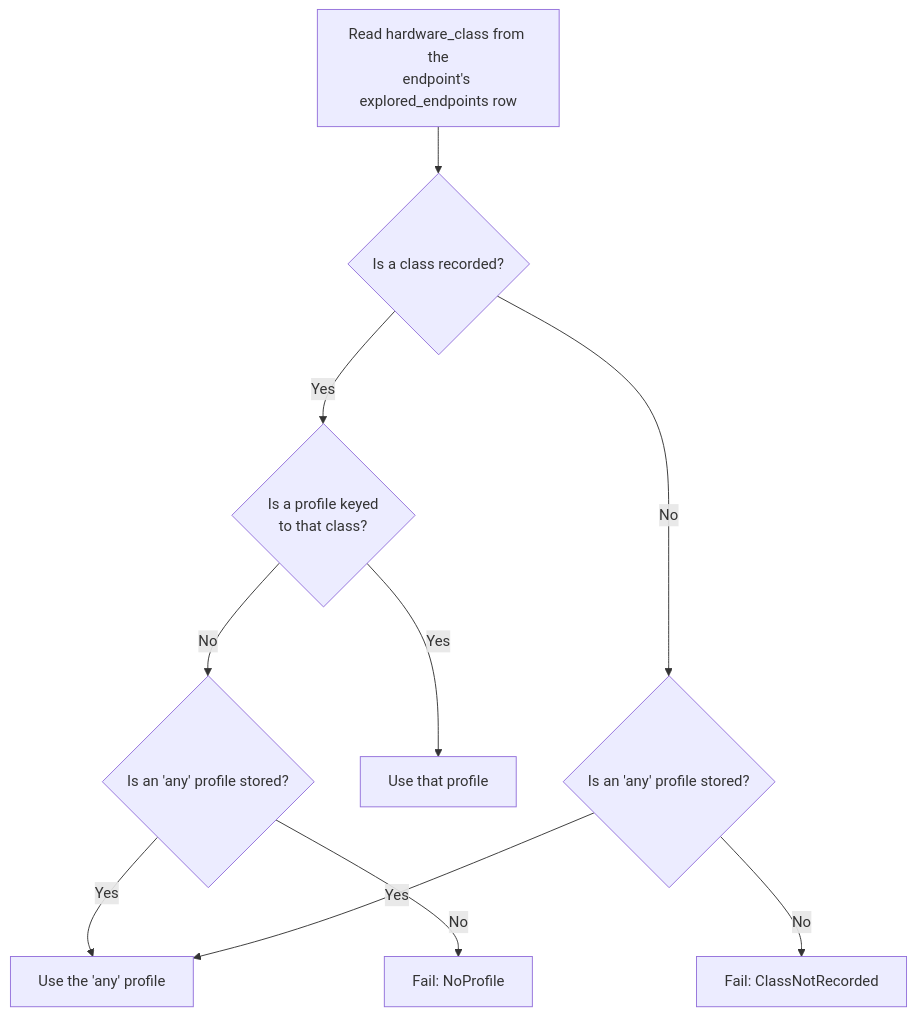
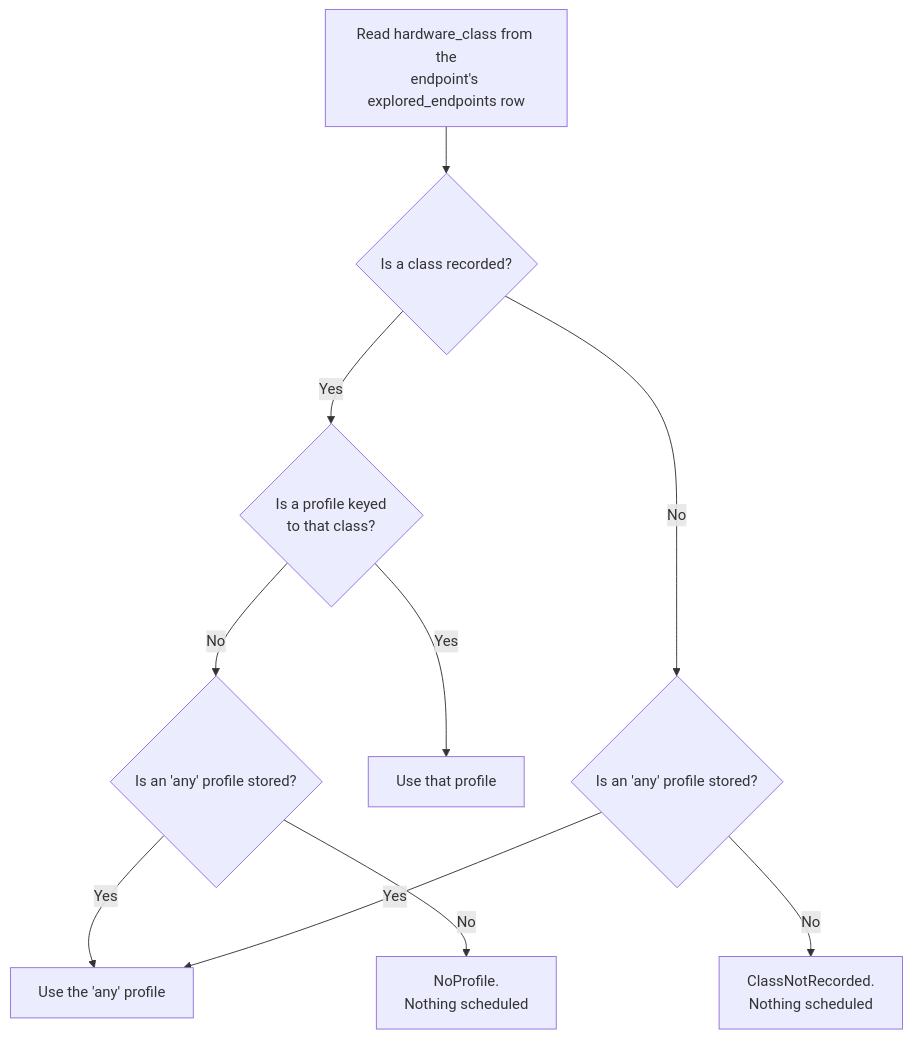
Before and after one commit to dsx-ai-factory/infra-controller: the first of 3 diagrams in docs/design/attestation/attestation-profiles.md, drawn with Mermaid. The commit also changed other lines of this file and 4 other files, not shown here.

````diff
--- a/docs/design/attestation/attestation-profiles.md
+++ b/docs/design/attestation/attestation-profiles.md
@@ -324,16 +335,16 @@
 ```mermaid
 flowchart TD
     A["Read hardware_class from the<br/>endpoint's explored_endpoints row"] --> B{"Is a class recorded?"}
 
     B -->|"Yes"| C{"Is a profile keyed<br/>to that class?"}
     B -->|"No"| E{"Is an 'any' profile stored?"}
 
     C -->|"Yes"| Y1["Use that profile"]
     C -->|"No"| D{"Is an 'any' profile stored?"}
 
     D -->|"Yes"| Y2["Use the 'any' profile"]
-    D -->|"No"| X2["Fail: NoProfile"]
+    D -->|"No"| X2["NoProfile.<br/>Nothing scheduled"]
 
     E -->|"Yes"| Y2
-    E -->|"No"| X1["Fail: ClassNotRecorded"]
+    E -->|"No"| X1["ClassNotRecorded.<br/>Nothing scheduled"]
 ```
````
